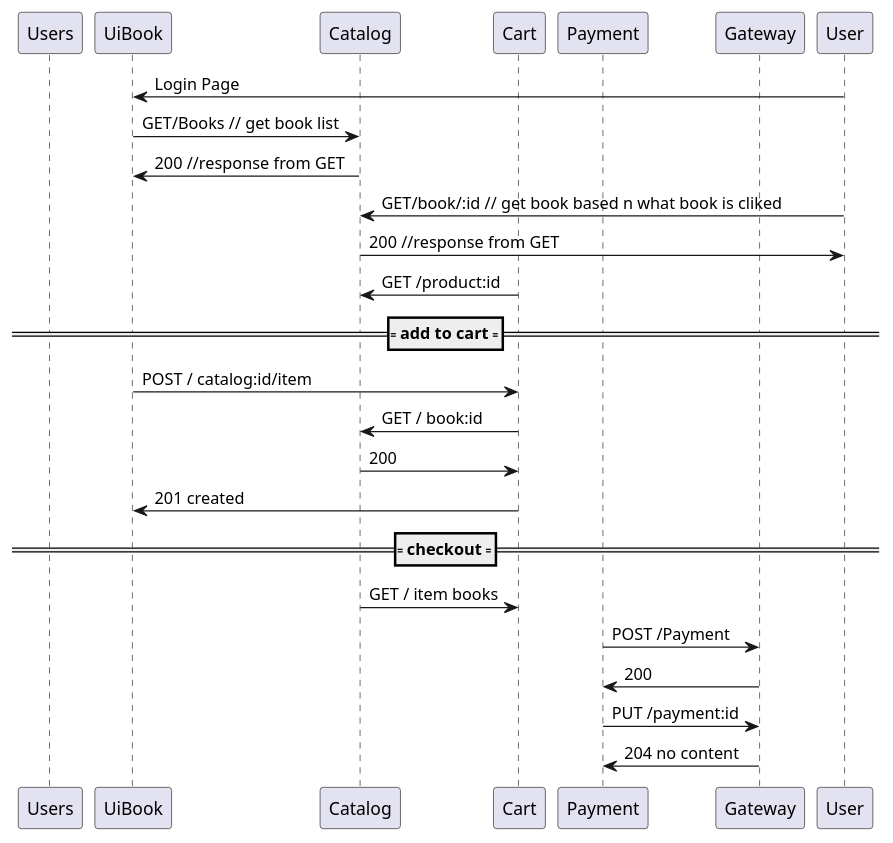
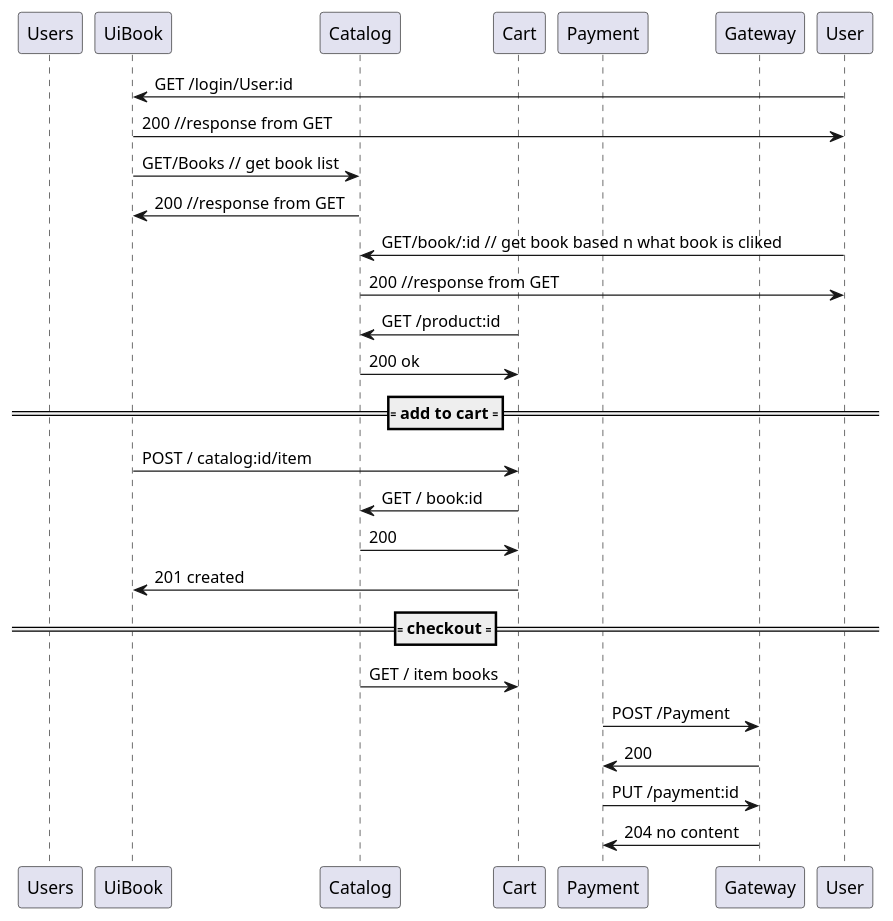
The diagram in Bookstore.puml (Justin102799/E37-PlantUML), drawn with PlantUML before and after one commit. The commit also changed 1 other file, not shown here.

Commit message:
aranged sequence

```diff
--- a/Bookstore.puml
+++ b/Bookstore.puml
@@ -1,32 +1,34 @@
 @startuml
 participant Users
 participant UiBook
 participant Catalog
 participant Cart
 participant Payment
 participant Gateway
 
-User -> UiBook : Login Page
+User -> UiBook : GET /login/User:id
+UiBook -> User : 200 //response from GET
 UiBook  -> Catalog : GET/Books // get book list
 Catalog -> UiBook : 200 //response from GET
 User -> Catalog : GET/book/:id // get book based n what book is cliked
 Catalog -> User : 200 //response from GET
 Cart -> Catalog : GET /product:id
+Catalog -> Cart : 200 ok 
 
 ==== add to cart ====
 UiBook -> Cart : POST / catalog:id/item
 Cart -> Catalog : GET / book:id
 Catalog -> Cart : 200
 Cart -> UiBook : 201 created
 
 ==== checkout ====
 Catalog -> Cart : GET / item books
 Payment -> Gateway : POST /Payment
 Gateway -> Payment : 200
 Payment -> Gateway : PUT /payment:id
 Gateway -> Payment : 204 no content
 
 
 
 
 @enduml
```
